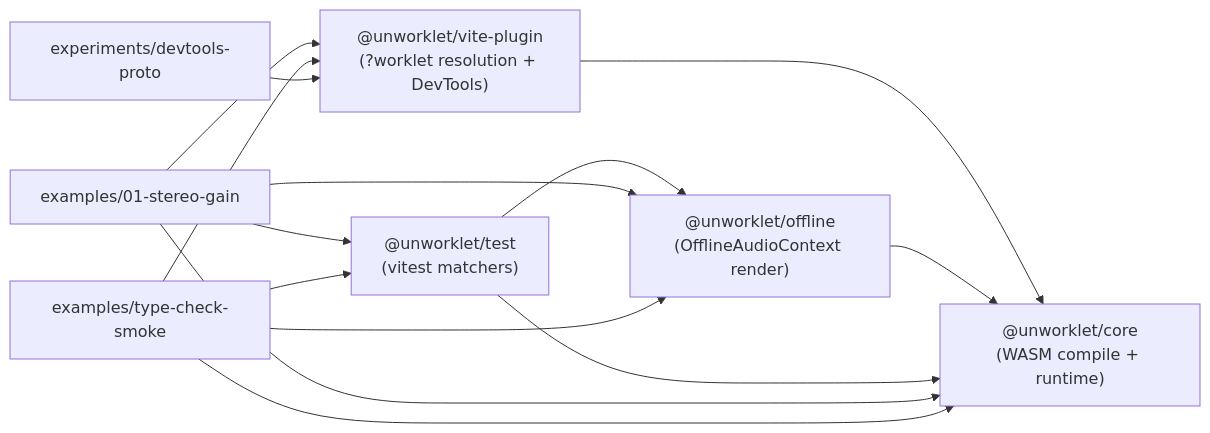
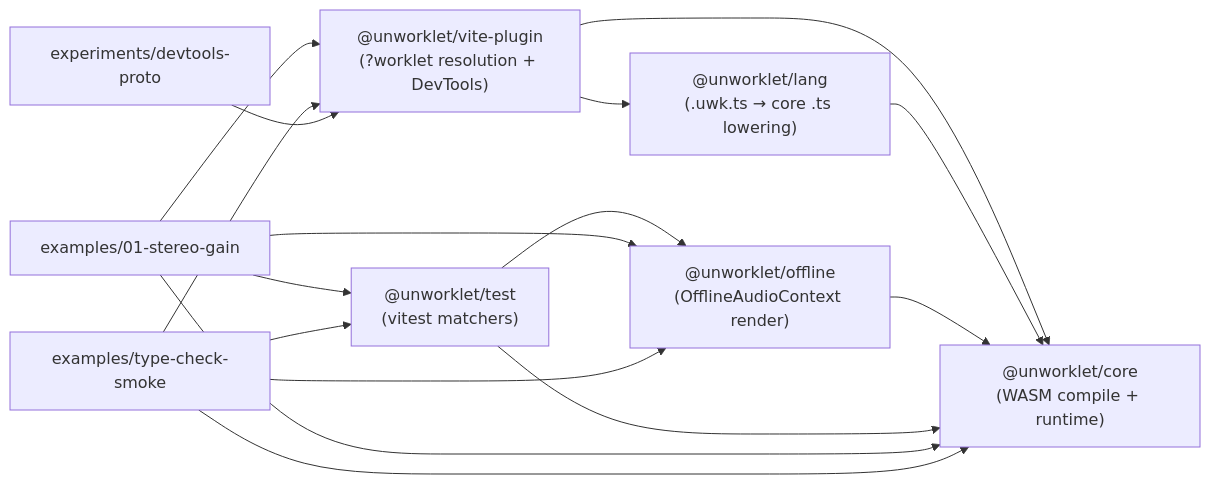
One commit to yuichkun/unworklet changed the diagram in README.md. Above: the diagram before and after it, drawn with Mermaid. The commit also changed other lines of this file, not shown here.

First line of the commit message:
docs(readme): add @unworklet/lang (.uwk.ts authoring frontend) to the layout

````diff
--- a/README.md
+++ b/README.md
@@ -7,24 +7,27 @@
 ```mermaid
 flowchart LR
   core["@unworklet/core<br/>(WASM compile + runtime)"]
+  lang["@unworklet/lang<br/>(.uwk.ts → core .ts lowering)"]
   plugin["@unworklet/vite-plugin<br/>(?worklet resolution + DevTools)"]
   offline["@unworklet/offline<br/>(OfflineAudioContext render)"]
   test["@unworklet/test<br/>(vitest matchers)"]
   ex1["examples/01-stereo-gain"]
   ex2["examples/type-check-smoke"]
   dt["experiments/devtools-proto"]
 
   plugin --> core
+  plugin --> lang
+  lang --> core
   offline --> core
   test --> core
   test --> offline
   ex1 --> core
   ex1 --> offline
   ex1 --> test
   ex1 --> plugin
   ex2 --> core
   ex2 --> offline
   ex2 --> test
   ex2 --> plugin
   dt --> plugin
 ```
````
